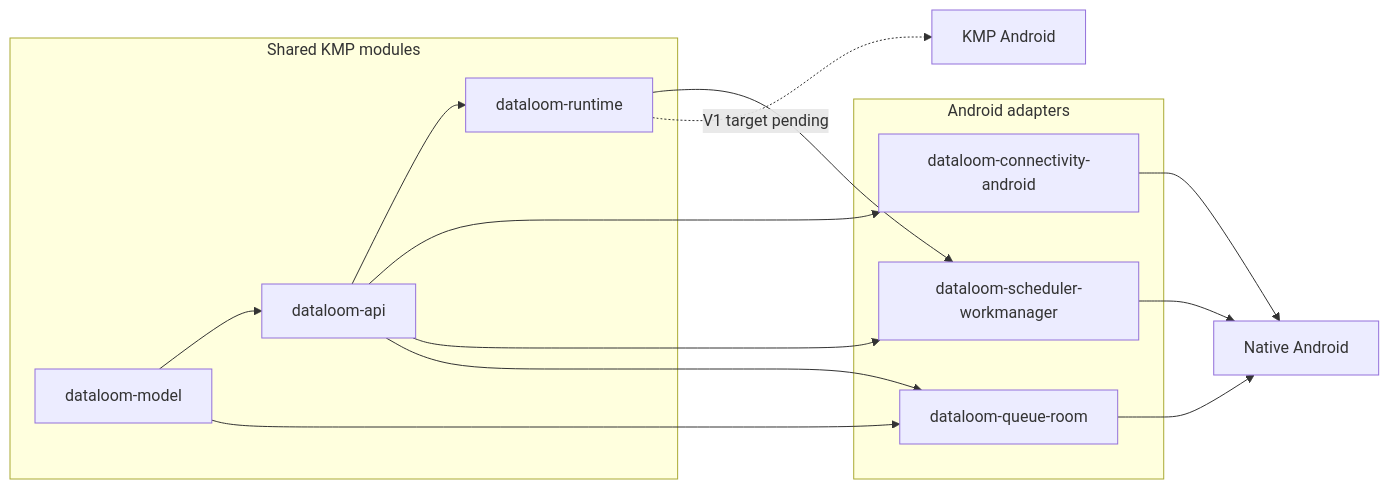
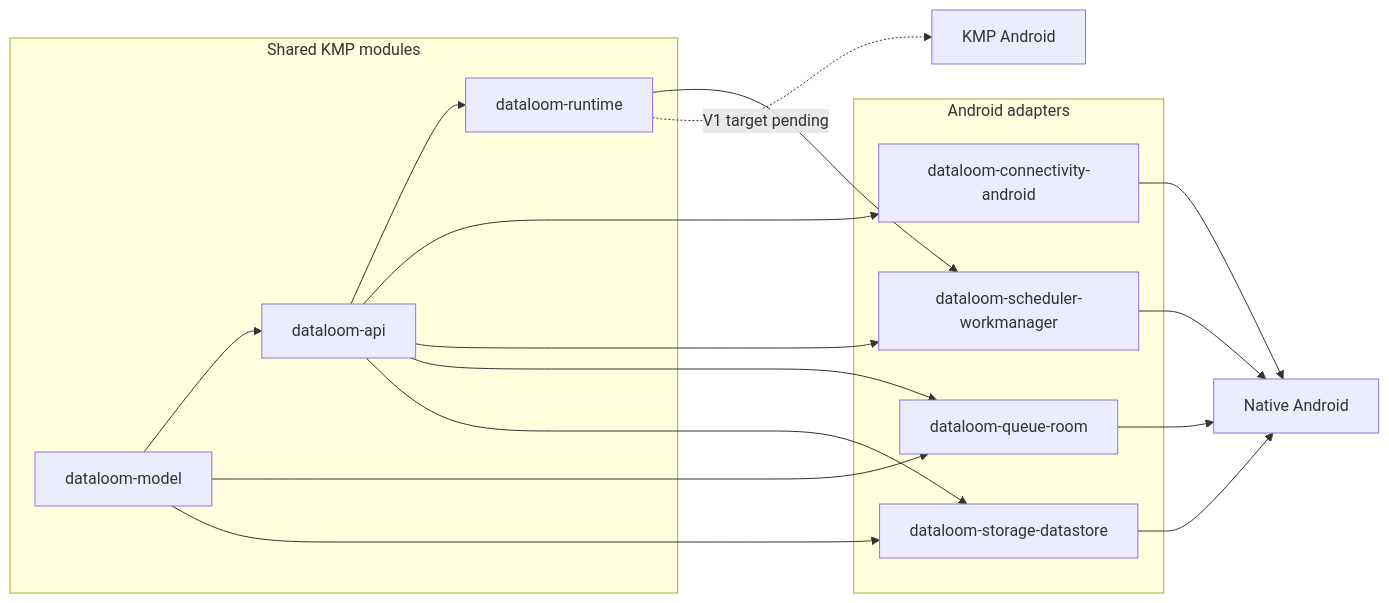
One commit to dataloom-sdk/dataloom changed the diagram in docs/android/README.md. Above: the diagram before and after it, drawn with Mermaid. The commit also changed other lines of this file and 8 other files, not shown here.

First line of the commit message:
[ADOPT-006] Add dataloom-storage-datastore: Preferences DataStore-backed StorageProvider for Android (#220)

````diff
--- a/docs/android/README.md
+++ b/docs/android/README.md
@@ -37,28 +38,32 @@
 ```mermaid
 flowchart LR
     subgraph sharedModules["Shared KMP modules"]
         model["dataloom-model"]
         api["dataloom-api"]
         runtime["dataloom-runtime"]
         model --> api
         api --> runtime
     end
 
     subgraph androidAdapters["Android adapters"]
         connectivity["dataloom-connectivity-android"]
         scheduler["dataloom-scheduler-workmanager"]
         persistence["dataloom-queue-room"]
+        datastoreStorage["dataloom-storage-datastore"]
     end
 
     model --> persistence
+    model --> datastoreStorage
     api --> connectivity
     api --> scheduler
     api --> persistence
+    api --> datastoreStorage
     runtime --> scheduler
 
     connectivity --> nativeApp["Native Android"]
     scheduler --> nativeApp
     persistence --> nativeApp
+    datastoreStorage --> nativeApp
 
     runtime -.->|"V1 target pending"| kmpApp["KMP Android"]
 ```
````
